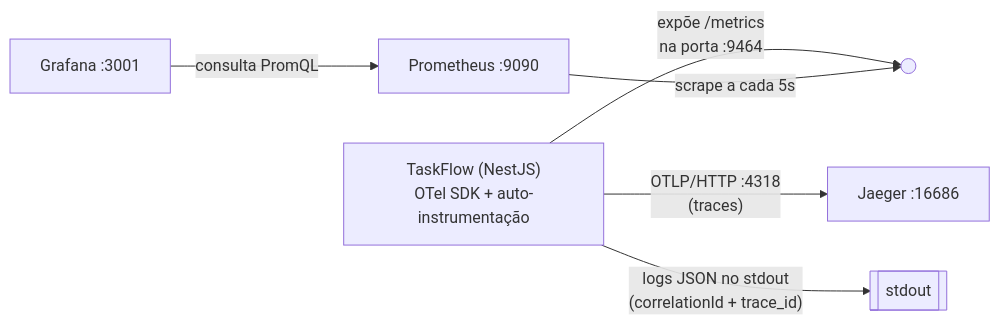
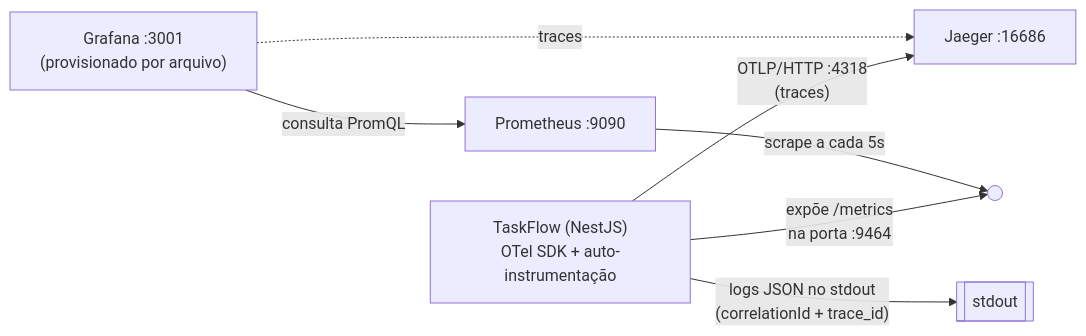
One commit to cassiocidrini/TaskFlow changed the diagram in docs/modules/01-observabilidade.md. Above: the diagram before and after it, drawn with Mermaid. The commit also changed other lines of this file and 18 other files, not shown here.

First line of the commit message:
feat(observability): Grafana provisionado e http_route nas métricas (#17)

````diff
--- a/docs/modules/01-observabilidade.md
+++ b/docs/modules/01-observabilidade.md
@@ -34,9 +36,10 @@
 ```mermaid
 flowchart LR
     APP["TaskFlow (NestJS)<br/>OTel SDK + auto-instrumentação"]
     APP -->|"OTLP/HTTP :4318<br/>(traces)"| J[Jaeger :16686]
     APP -->|"expõe /metrics<br/>na porta :9464"| M(( ))
     P[Prometheus :9090] -->|"scrape a cada 5s"| M
-    G[Grafana :3001] -->|consulta PromQL| P
+    G["Grafana :3001<br/>(provisionado por arquivo)"] -->|consulta PromQL| P
+    G -.->|traces| J
     APP -->|"logs JSON no stdout<br/>(correlationId + trace_id)"| L[[stdout]]
 ```
````
